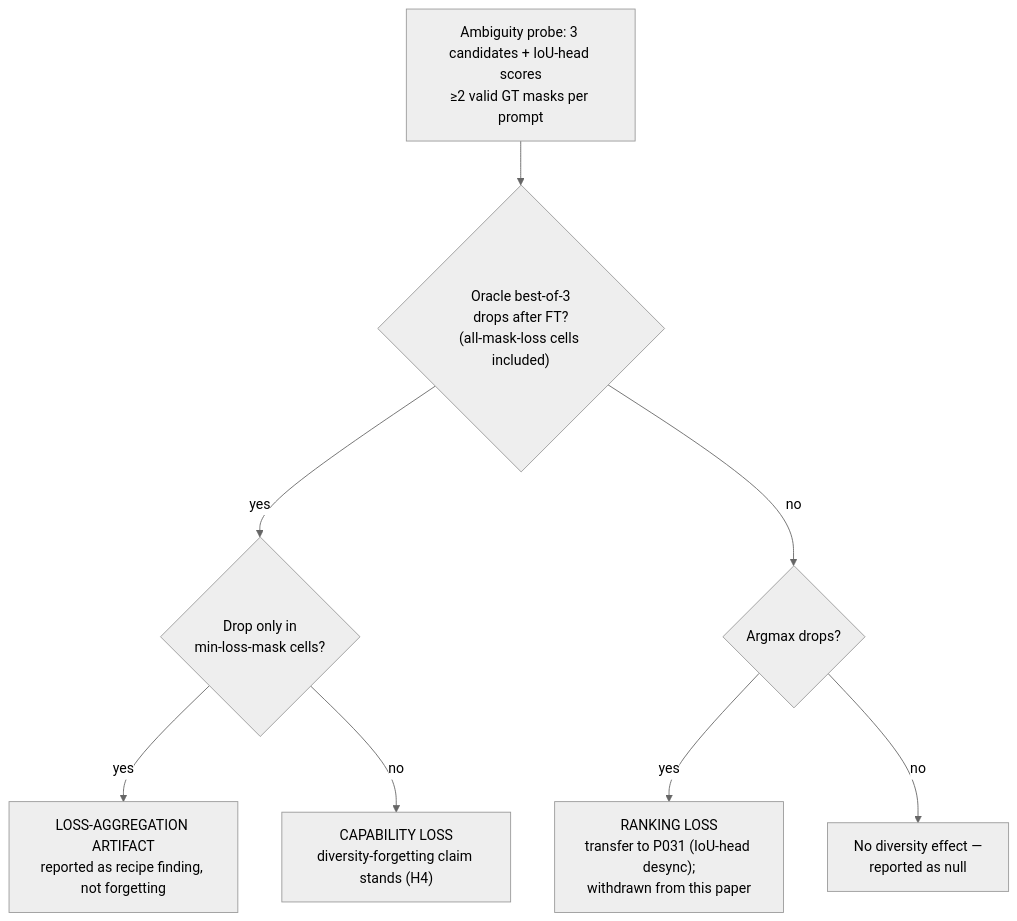
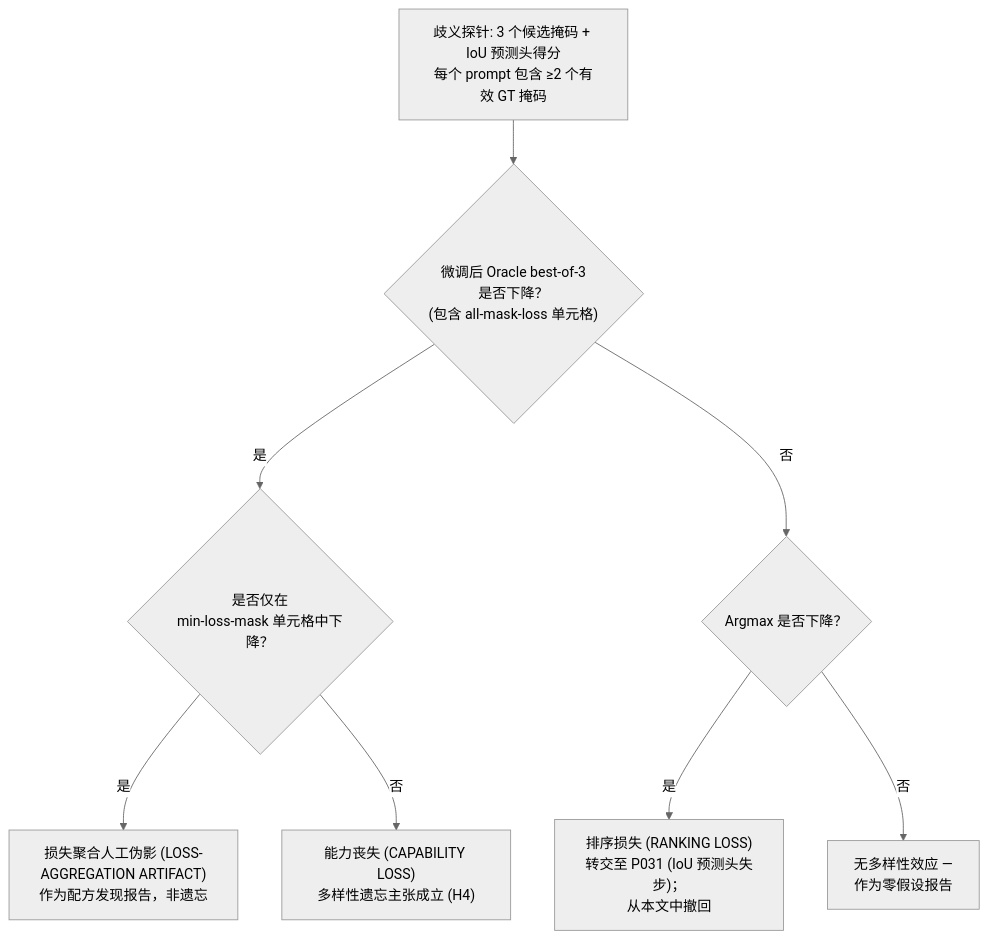
Before and after one commit to songkang688/idea: the third of 5 diagrams in Windows4/Idea_02/mermaid.md, drawn with Mermaid (neutral theme). The commit also changed other lines of this file and 74 other files, not shown here.

````diff
--- a/Windows4/Idea_02/mermaid.md
+++ b/Windows4/Idea_02/mermaid.md
@@ -50,19 +50,19 @@
 ```mermaid
 flowchart TD
-    P["Ambiguity probe: 3 candidates + IoU-head scores<br/>≥2 valid GT masks per prompt"]
-    Q1{"Oracle best-of-3<br/>drops after FT?<br/>(all-mask-loss cells included)"}
-    Q2{"Argmax drops?"}
-    Q3{"Drop only in<br/>min-loss-mask cells?"}
-    CAP["CAPABILITY LOSS<br/>diversity-forgetting claim stands (H4)"]
-    RNK["RANKING LOSS<br/>transfer to P031 (IoU-head desync);<br/>withdrawn from this paper"]
-    ART["LOSS-AGGREGATION ARTIFACT<br/>reported as recipe finding, not forgetting"]
-    NUL["No diversity effect —<br/>reported as null"]
+    P["歧义探针: 3 个候选掩码 + IoU 预测头得分<br/>每个 prompt 包含 ≥2 个有效 GT 掩码"]
+    Q1{"微调后 Oracle best-of-3<br/>是否下降？<br/>(包含 all-mask-loss 单元格)"}
+    Q2{"Argmax 是否下降？"}
+    Q3{"是否仅在<br/>min-loss-mask 单元格中下降？"}
+    CAP["能力丧失 (CAPABILITY LOSS)<br/>多样性遗忘主张成立 (H4)"]
+    RNK["排序损失 (RANKING LOSS)<br/>转交至 P031 (IoU 预测头失步)；<br/>从本文中撤回"]
+    ART["损失聚合人工伪影 (LOSS-AGGREGATION ARTIFACT)<br/>作为配方发现报告，非遗忘"]
+    NUL["无多样性效应 —<br/>作为零假设报告"]
 
     P --> Q1
-    Q1 -- yes --> Q3
-    Q3 -- yes --> ART
-    Q3 -- no --> CAP
-    Q1 -- no --> Q2
-    Q2 -- yes --> RNK
-    Q2 -- no --> NUL
+    Q1 -- 是 --> Q3
+    Q3 -- 是 --> ART
+    Q3 -- 否 --> CAP
+    Q1 -- 否 --> Q2
+    Q2 -- 是 --> RNK
+    Q2 -- 否 --> NUL
 ```
````
